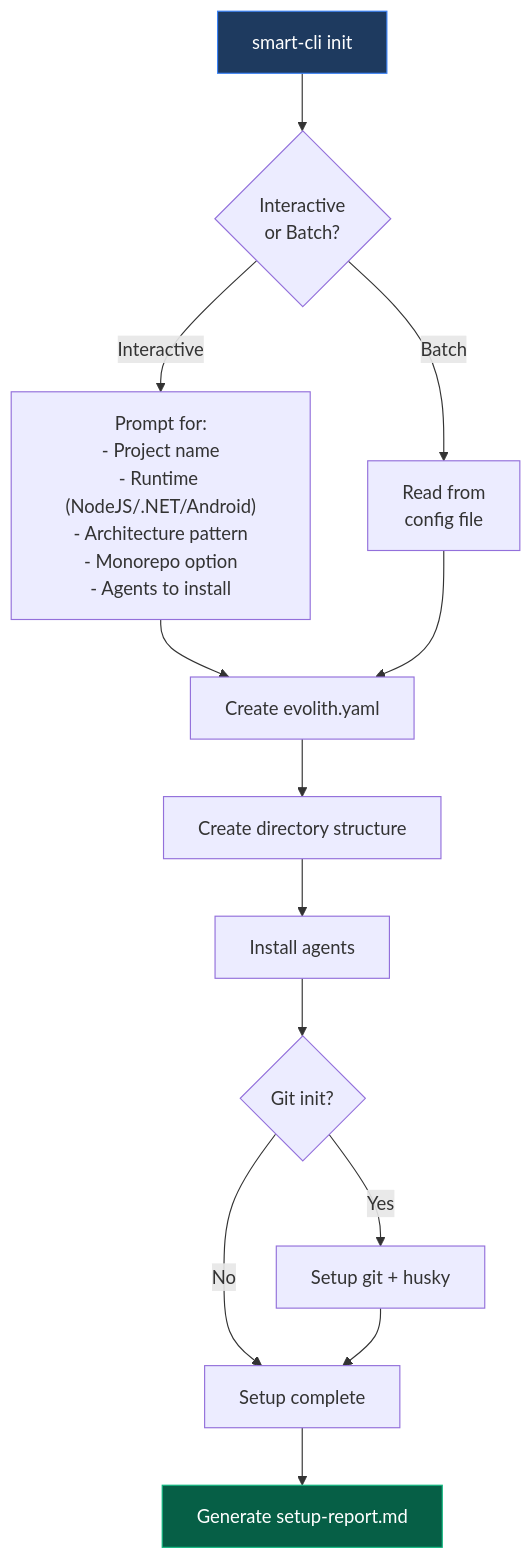
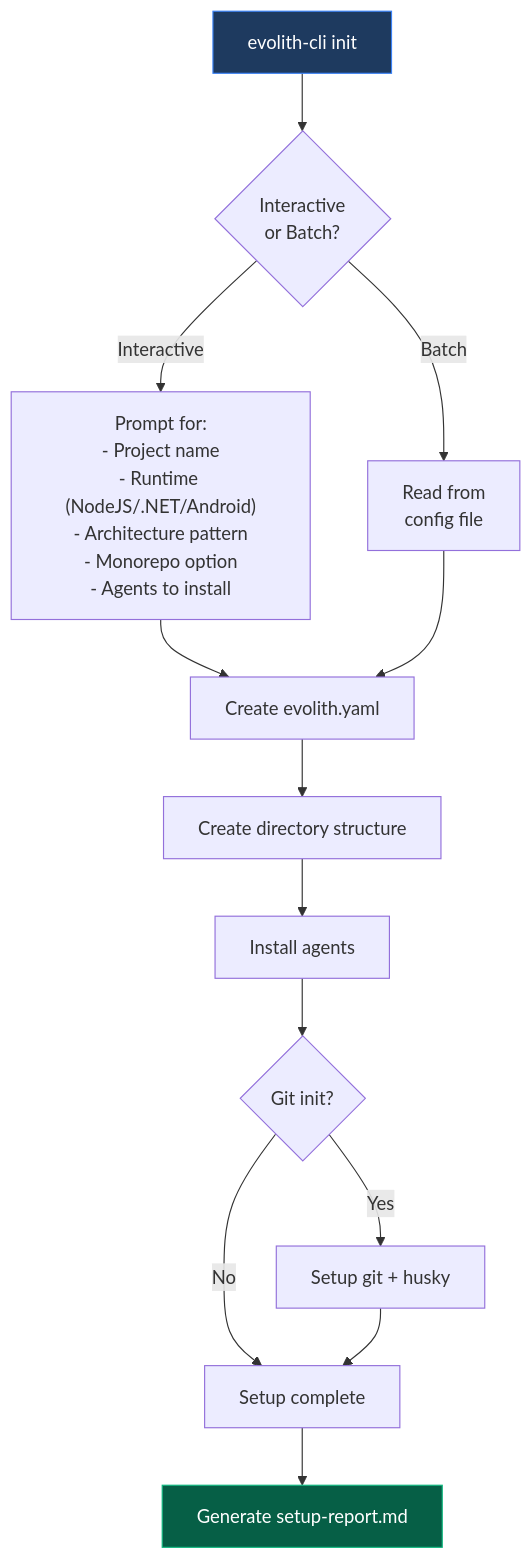
One commit to beyondnetcode/evolith_arch32 changed the fifth of 14 diagrams in src/sdk/cli/ARCHITECTURE.md. Above: the diagram before and after it, drawn with Mermaid. The commit also changed other lines of this file and 195 other files, not shown here.

First line of the commit message:
refactor(brand): align "Smart CLI" → "Evolith CLI" across docs, code, npm, and assemblies

````diff
--- a/src/sdk/cli/ARCHITECTURE.md
+++ b/src/sdk/cli/ARCHITECTURE.md
@@ -232,18 +232,18 @@
 ```mermaid
 flowchart TB
-    A["smart-cli init"] --> B{"Interactive\nor Batch?"}
+    A["evolith-cli init"] --> B{"Interactive\nor Batch?"}
     B -->|"Interactive"| C["Prompt for:\n- Project name\n- Runtime (NodeJS/.NET/Android)\n- Architecture pattern\n- Monorepo option\n- Agents to install"]
     B -->|"Batch"| D["Read from\nconfig file"]
     C --> E["Create evolith.yaml"]
     D --> E
     E --> F["Create directory structure"]
     F --> G["Install agents"]
     G --> H{"Git init?"}
     H -->|"Yes"| I["Setup git + husky"]
     H -->|"No"| J["Setup complete"]
     I --> J
     J --> K["Generate setup-report.md"]
 
     style A fill:#1e3a5f,stroke:#3b82f6,color:#fff
     style K fill:#065f46,stroke:#10b981,color:#fff
 ```
````
